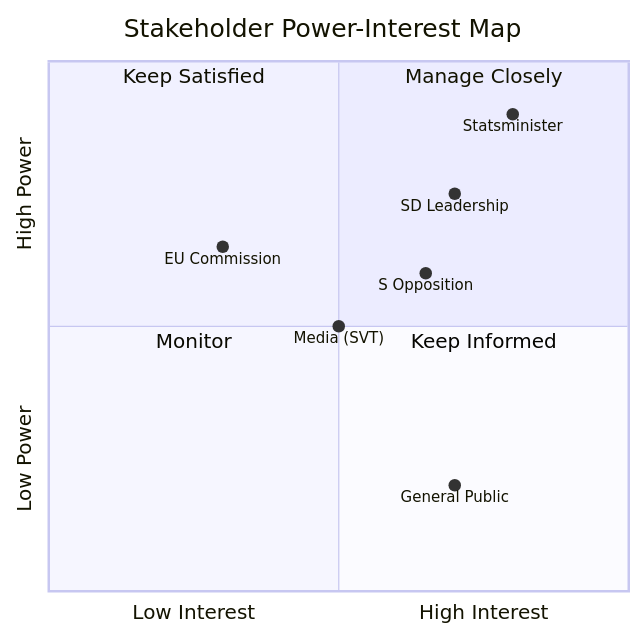
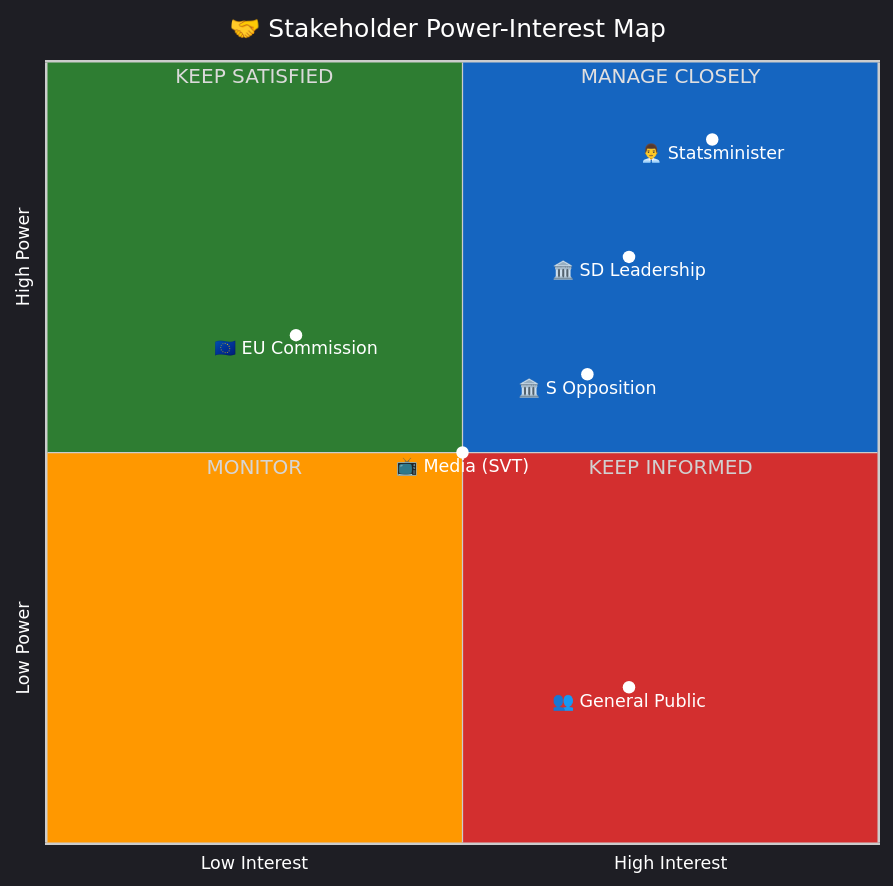
One commit to Hack23/riksdagsmonitor changed the sixth of 9 diagrams in analysis/methodologies/political-swot-framework.md. Above: the diagram before and after it, drawn with Mermaid. The commit also changed other lines of this file and 14 other files, not shown here.

First line of the commit message:
Align analysis/ mermaid diagrams with ISMS Style Guide palette and convert SWOT to quadrantChart

````diff
--- a/analysis/methodologies/political-swot-framework.md
+++ b/analysis/methodologies/political-swot-framework.md
@@ -394,16 +417,39 @@
 ```mermaid
+%%{init: {
+  "theme": "dark",
+  "themeVariables": {
+    "quadrant1Fill": "#1565C0",
+    "quadrant2Fill": "#2E7D32",
+    "quadrant3Fill": "#FF9800",
+    "quadrant4Fill": "#D32F2F",
+    "quadrantTitleFill": "#ffffff",
+    "quadrantPointFill": "#ffffff",
+    "quadrantPointTextFill": "#ffffff",
+    "quadrantXAxisTextFill": "#ffffff",
+    "quadrantYAxisTextFill": "#ffffff"
+  },
+  "quadrantChart": {
+    "chartWidth": 700,
+    "chartHeight": 700,
+    "pointLabelFontSize": 14,
+    "titleFontSize": 20,
+    "quadrantLabelFontSize": 16,
+    "xAxisLabelFontSize": 14,
+    "yAxisLabelFontSize": 14
+  }
+}}%%
 quadrantChart
-    title Stakeholder Power-Interest Map
-    x-axis "Low Interest" --> "High Interest"
-    y-axis "Low Power" --> "High Power"
-    quadrant-1 "Manage Closely"
-    quadrant-2 "Keep Satisfied"
-    quadrant-3 "Monitor"
-    quadrant-4 "Keep Informed"
-    "Statsminister": [0.8, 0.9]
-    "SD Leadership": [0.7, 0.75]
-    "S Opposition": [0.65, 0.6]
-    "Media (SVT)": [0.5, 0.5]
-    "EU Commission": [0.3, 0.65]
-    "General Public": [0.7, 0.2]
+    title 🤝 Stakeholder Power-Interest Map
+    x-axis Low Interest --> High Interest
+    y-axis Low Power --> High Power
+    quadrant-1 MANAGE CLOSELY
+    quadrant-2 KEEP SATISFIED
+    quadrant-3 MONITOR
+    quadrant-4 KEEP INFORMED
+    "👨‍💼 Statsminister": [0.80, 0.90]
+    "🏛️ SD Leadership": [0.70, 0.75]
+    "🏛️ S Opposition": [0.65, 0.60]
+    "📺 Media (SVT)": [0.50, 0.50]
+    "🇪🇺 EU Commission": [0.30, 0.65]
+    "👥 General Public": [0.70, 0.20]
 ```
````
